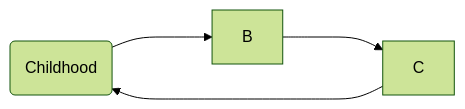
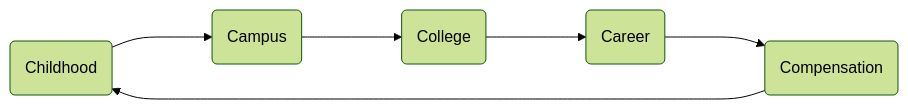
Before and after one commit to singhanmolpreet/mermaids: the diagram in README.md, drawn with Mermaid (forest theme).

````diff
--- a/README.md
+++ b/README.md
@@ -3,6 +3,8 @@
 ```mermaid
 flowchart LR
-    A(Childhood) ---> B
-    B ---> C
-    C ---> A
+    A(Childhood) ---> B(Campus)
+    B ---> C(College)
+    C ---> D(Career)
+    D ---> E(Compensation)
+    E ---> A
 ```
````
